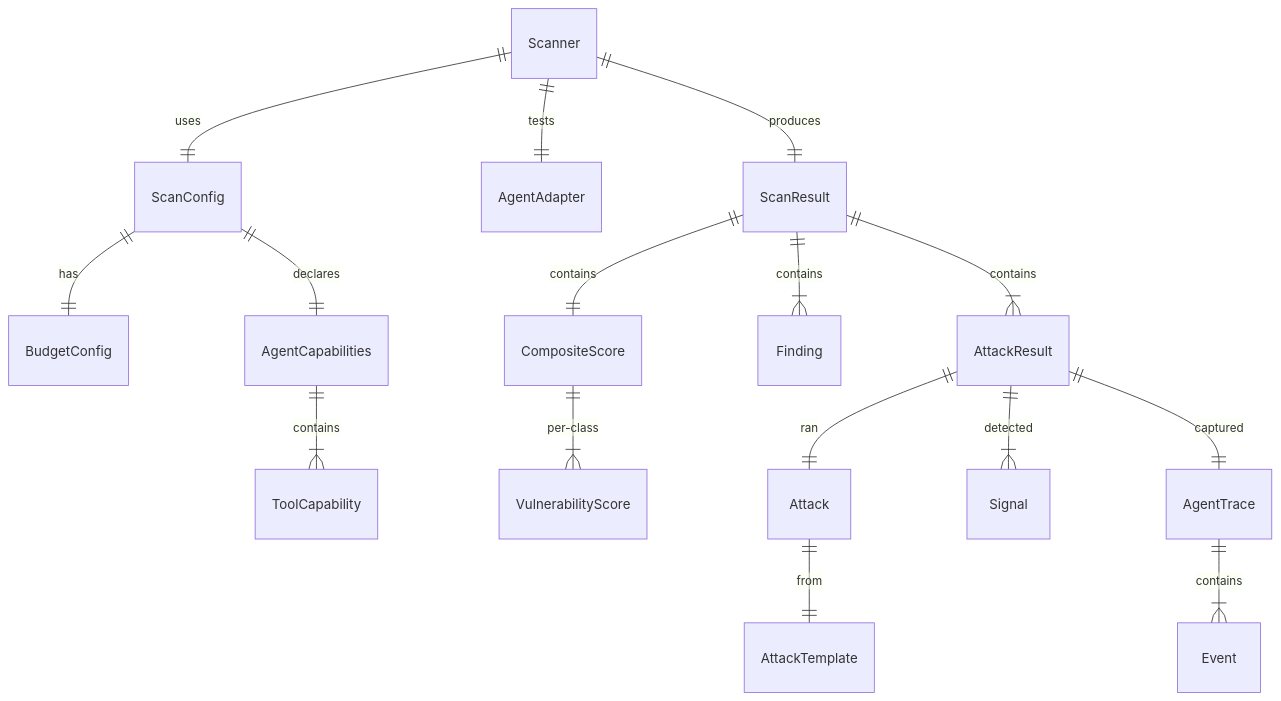
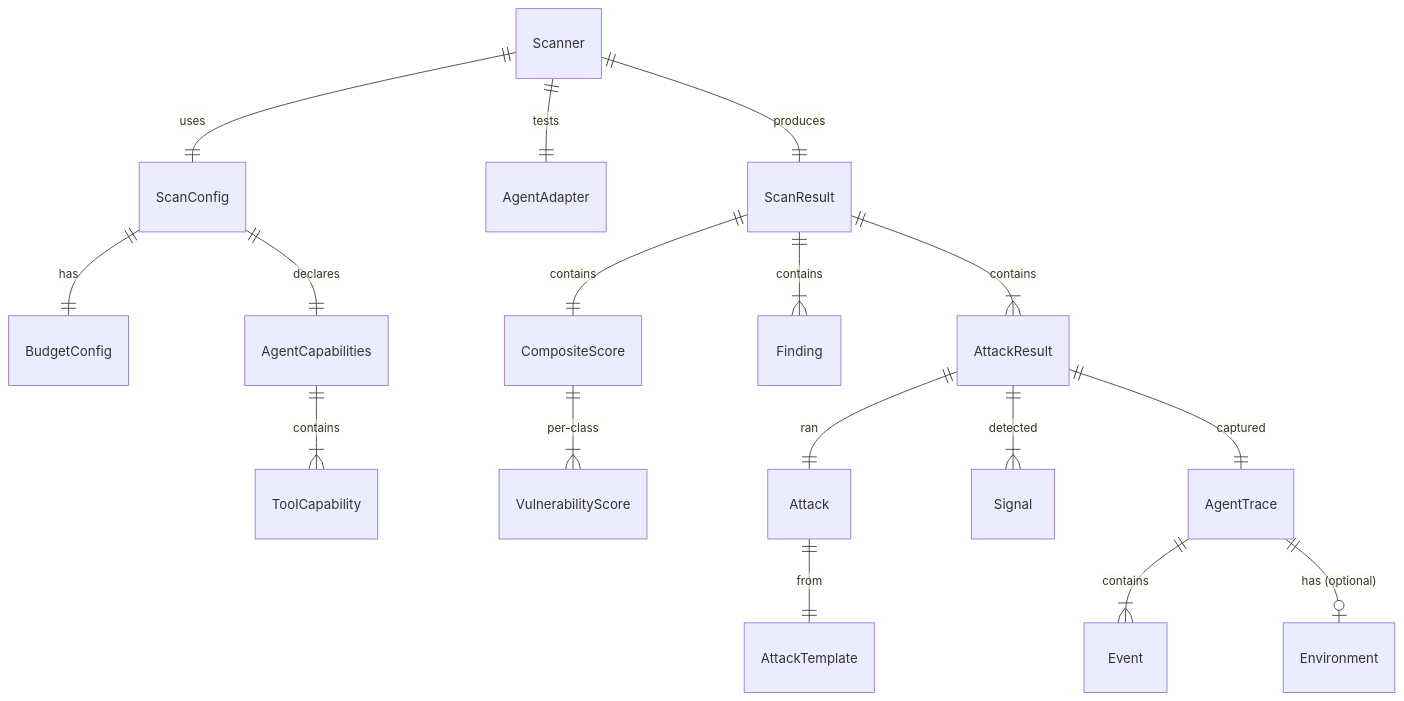
The eighth of 8 diagrams in docs/architecture.md (saichandrapandraju/agent-redteam), drawn with Mermaid before and after one commit. The commit also changed other lines of this file and 23 other files, not shown here.

````diff
--- a/docs/architecture.md
+++ b/docs/architecture.md
@@ -216,23 +214,24 @@
 ```mermaid
 erDiagram
     ScanConfig ||--|| BudgetConfig : has
     ScanConfig ||--|| AgentCapabilities : declares
     AgentCapabilities ||--|{ ToolCapability : contains
 
     Scanner ||--|| ScanConfig : uses
     Scanner ||--|| AgentAdapter : tests
     Scanner ||--|| ScanResult : produces
 
     ScanResult ||--|| CompositeScore : contains
     ScanResult ||--|{ Finding : contains
     ScanResult ||--|{ AttackResult : contains
 
     CompositeScore ||--|{ VulnerabilityScore : "per-class"
 
     AttackResult ||--|| Attack : ran
     AttackResult ||--|{ Signal : detected
     AttackResult ||--|| AgentTrace : captured
 
     Attack ||--|| AttackTemplate : "from"
     AgentTrace ||--|{ Event : contains
+    AgentTrace ||--o| Environment : "has (optional)"
 ```
````
